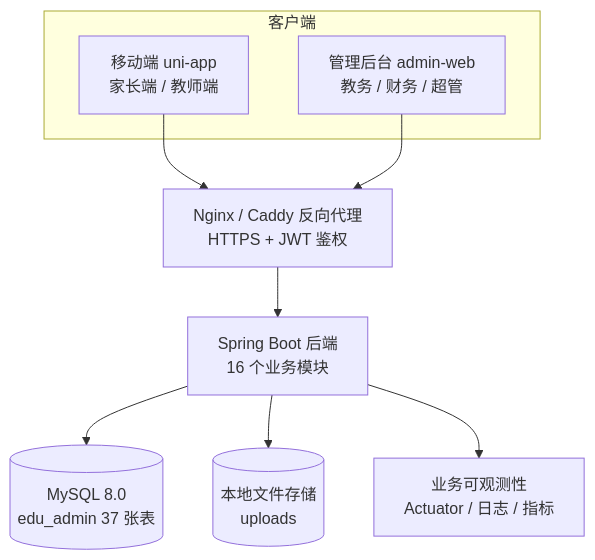
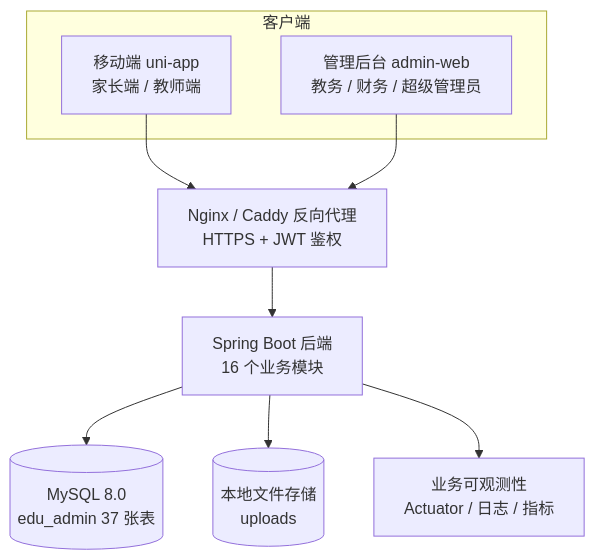
One commit to BYNekoNay/educational-administration changed the diagram in docs/paper/figures/fig2-1.mmd. Above: the diagram before and after it, drawn with Mermaid. The commit also changed 19 other files, not shown here.

First line of the commit message:
docs(paper): 课程设计报告 v1.3 同步 + 9 张配图重渲染

```diff
--- a/docs/paper/figures/fig2-1.mmd
+++ b/docs/paper/figures/fig2-1.mmd
@@ -1,11 +1,11 @@
 flowchart TB
     subgraph Clients["客户端"]
         M[移动端 uni-app<br/>家长端 / 教师端]
-        A[管理后台 admin-web<br/>教务 / 财务 / 超管]
+        A[管理后台 admin-web<br/>教务 / 财务 / 超级管理员]
     end
     M --> N[Nginx / Caddy 反向代理<br/>HTTPS + JWT 鉴权]
     A --> N
     N --> B[Spring Boot 后端<br/>16 个业务模块]
     B --> R[(MySQL 8.0<br/>edu_admin 37 张表)]
     B --> F[(本地文件存储<br/>uploads)]
     B --> X[业务可观测性<br/>Actuator / 日志 / 指标]
```
